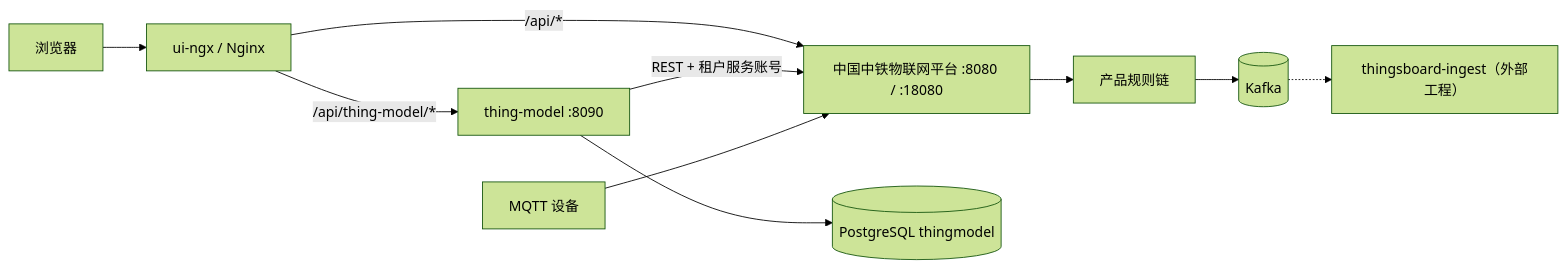
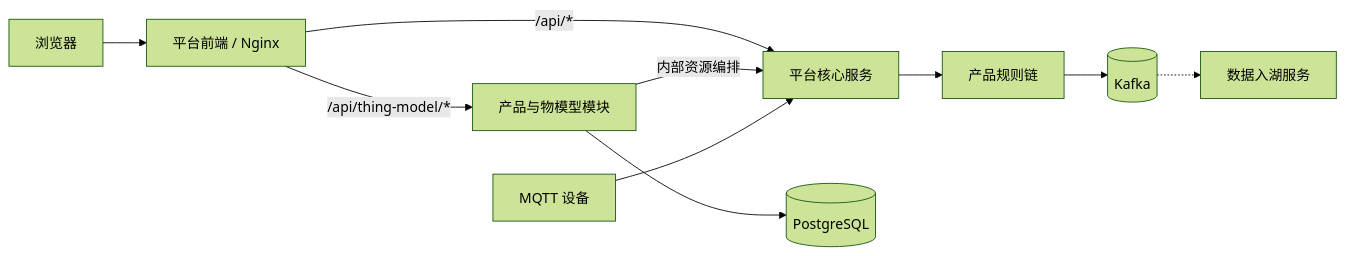
Before and after one commit to beancookie/thingsboard: the diagram in docs/02-架构与数据模型.md, drawn with Mermaid (forest theme). The commit also changed other lines of this file and 30 other files, not shown here.

````diff
--- a/docs/02-架构与数据模型.md
+++ b/docs/02-架构与数据模型.md
@@ -7,12 +7,12 @@
 ```mermaid
 flowchart LR
-  B["浏览器"] --> UI["ui-ngx / Nginx"]
-  UI -->|"/api/thing-model/*"| TM["thing-model :8090"]
-  UI -->|"/api/*"| TB["中国中铁物联网平台 :8080 / :18080"]
-  TM -->|"REST + 租户服务账号"| TB
-  TM --> PG[("PostgreSQL thingmodel")]
-  TB --> RC["产品规则链"]
+  B["浏览器"] --> UI["平台前端 / Nginx"]
+  UI -->|"/api/thing-model/*"| PM["产品与物模型模块"]
+  UI -->|"/api/*"| CORE["平台核心服务"]
+  PM -->|"内部资源编排"| CORE
+  PM --> PG[("PostgreSQL")]
+  CORE --> RC["产品规则链"]
   RC --> K[("Kafka")]
-  K -.-> ING["thingsboard-ingest（外部工程）"]
-  DEV["MQTT 设备"] --> TB
+  K -.-> ING["数据入湖服务"]
+  DEV["MQTT 设备"] --> CORE
 ```
````
